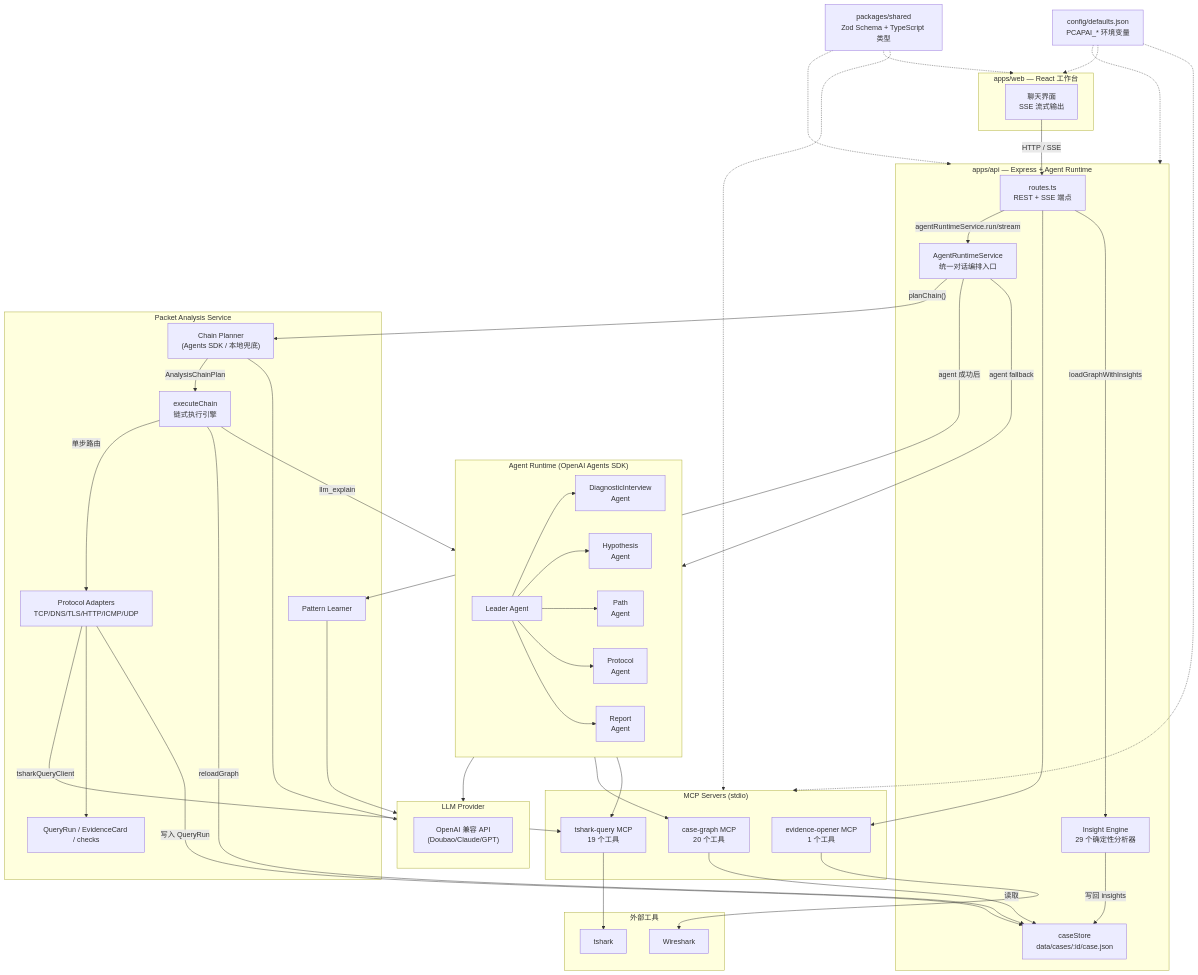
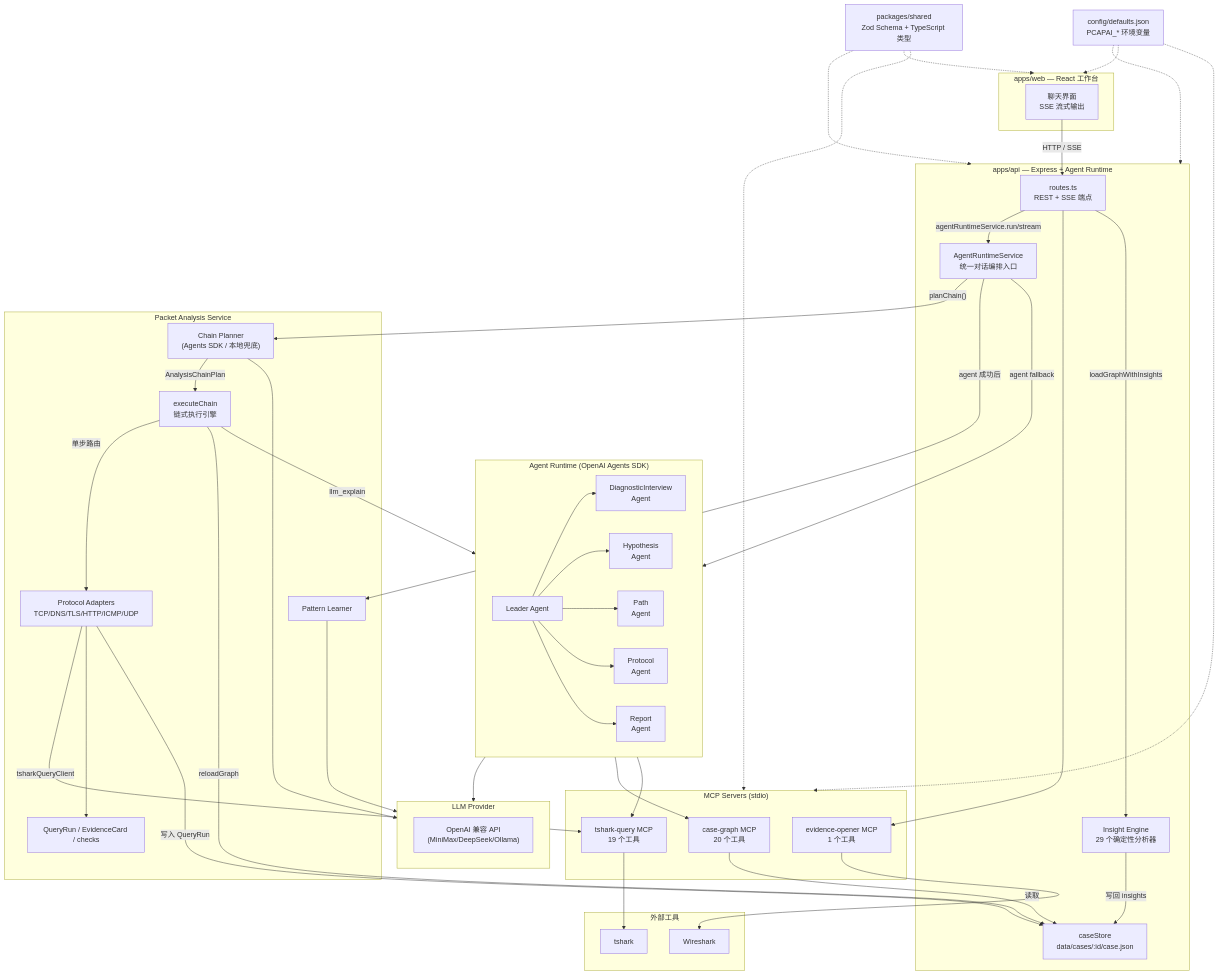
The diagram in docs/architecture.md (Matthewyin/pcapai), drawn with Mermaid before and after one commit. The commit also changed other lines of this file and 14 other files, not shown here.

First line of the commit message:
refactor: case graph 工具进程内化、tshark MCP 常驻、Agent 收敛与提示词瘦身

```diff
--- a/docs/architecture.md
+++ b/docs/architecture.md
@@ -30,7 +30,7 @@
   end
 
   subgraph LLM["LLM Provider"]
-    Model["OpenAI 兼容 API<br/>(Doubao/Claude/GPT)"]
+    Model["OpenAI 兼容 API<br/>(MiniMax/DeepSeek/Ollama)"]
   end
 
   subgraph AgentRuntime["Agent Runtime (OpenAI Agents SDK)"]
```
